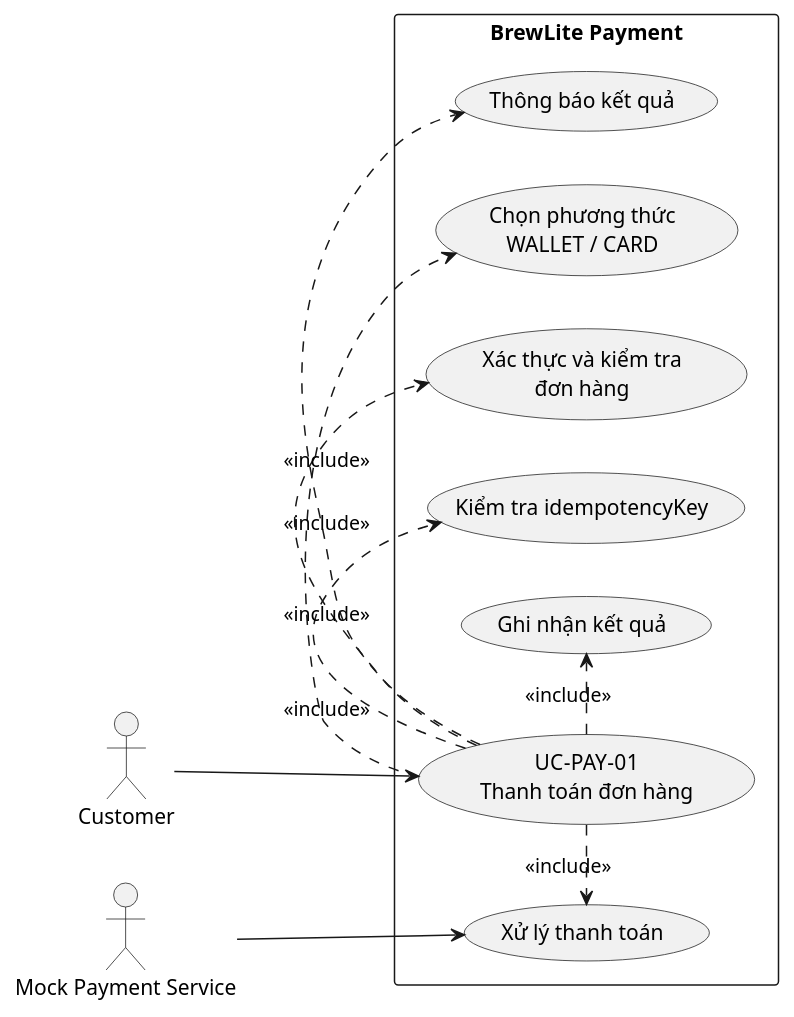
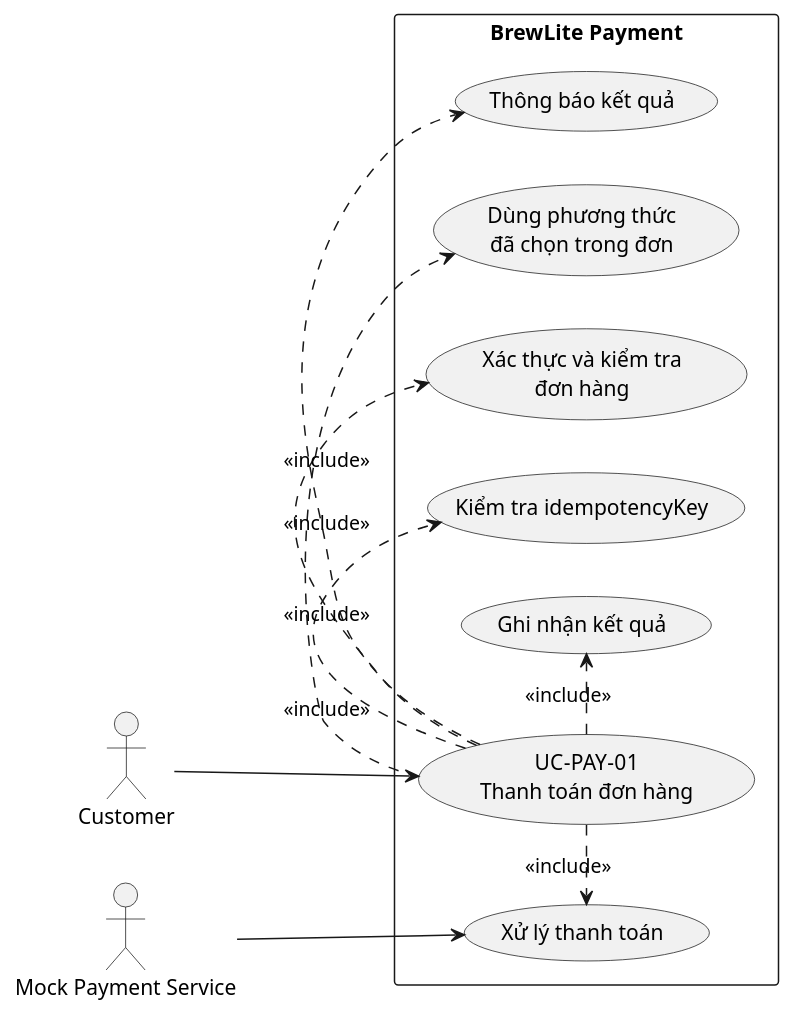
One commit to supergigachadsupreme300/brewlite2 changed the diagram in docs/requirements/payment/payment-use-case.md. Above: the diagram before and after it, drawn with PlantUML. The commit also changed other lines of this file and 2 other files, not shown here.

Commit message:
docs: update payment requirements and flow

````diff
--- a/docs/requirements/payment/payment-use-case.md
+++ b/docs/requirements/payment/payment-use-case.md
@@ -117,26 +122,26 @@
 ```plantuml
 @startuml
 left to right direction
 actor Customer
 actor "Mock Payment Service" as Mock
 
 rectangle "BrewLite Payment" {
   usecase "UC-PAY-01\nThanh toán đơn hàng" as Pay
-  usecase "Chọn phương thức\nWALLET / CARD" as Method
+  usecase "Dùng phương thức\nđã chọn trong đơn" as Method
   usecase "Xác thực và kiểm tra\nđơn hàng" as Validate
   usecase "Kiểm tra idempotencyKey" as Idem
   usecase "Xử lý thanh toán" as Process
   usecase "Ghi nhận kết quả" as Save
   usecase "Thông báo kết quả" as Notify
 }
 
 Customer --> Pay
 Pay .> Method : <<include>>
 Pay .> Validate : <<include>>
 Pay .> Idem : <<include>>
 Pay .> Process : <<include>>
 Pay .> Save : <<include>>
 Pay .> Notify : <<include>>
 Mock --> Process
 @enduml
 ```
````
